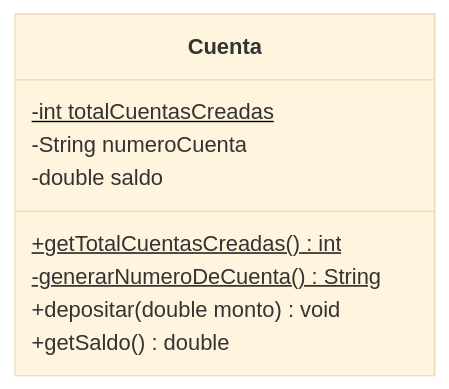
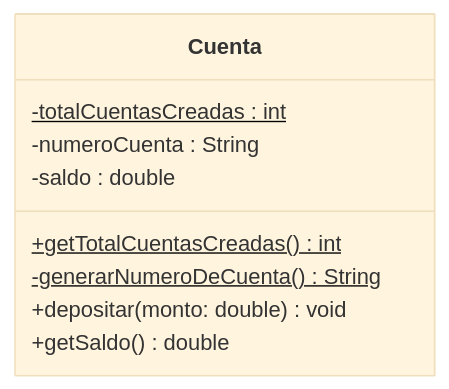
One commit to santiagoSuarez219/nodo-edu changed the second of 2 diagrams in content/cursos/estructuras-de-datos/metodos-avanzados-y-clases-de-utilidad.mdx. Above: the diagram before and after it, drawn with Mermaid (base theme). The commit also changed other lines of this file and 12 other files, not shown here.

````diff
--- a/content/cursos/estructuras-de-datos/metodos-avanzados-y-clases-de-utilidad.mdx
+++ b/content/cursos/estructuras-de-datos/metodos-avanzados-y-clases-de-utilidad.mdx
@@ -135,12 +135,12 @@
 ```mermaid
 classDiagram
   class Cuenta {
-    -int totalCuentasCreadas$
-    +getTotalCuentasCreadas()$ int
-    -generarNumeroDeCuenta()$ String
-    -String numeroCuenta
-    -double saldo
-    +depositar(double monto) void
+    -totalCuentasCreadas : int$
+    +getTotalCuentasCreadas() int$
+    -generarNumeroDeCuenta() String$
+    -numeroCuenta : String
+    -saldo : double
+    +depositar(monto: double) void
     +getSaldo() double
   }
 ```
````
